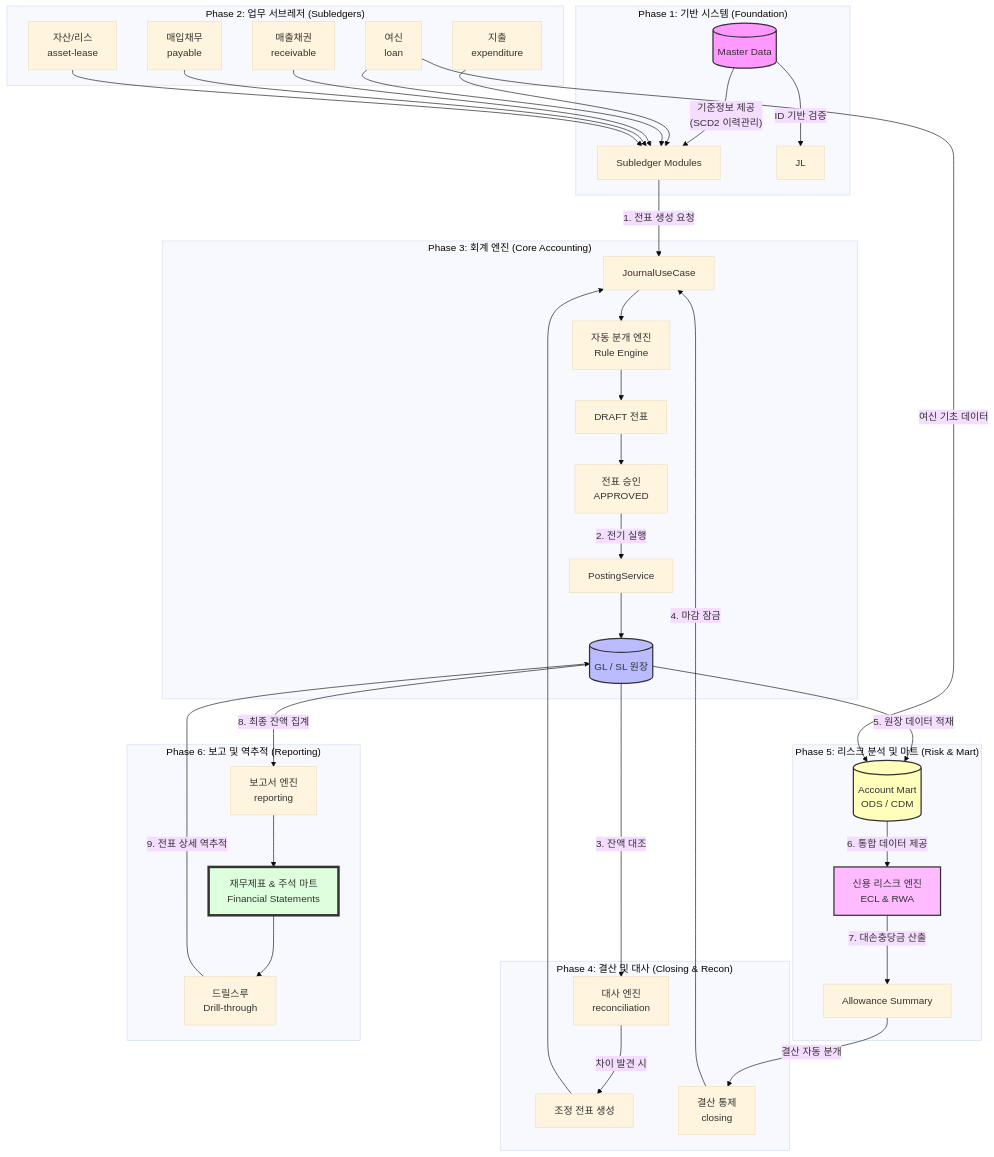
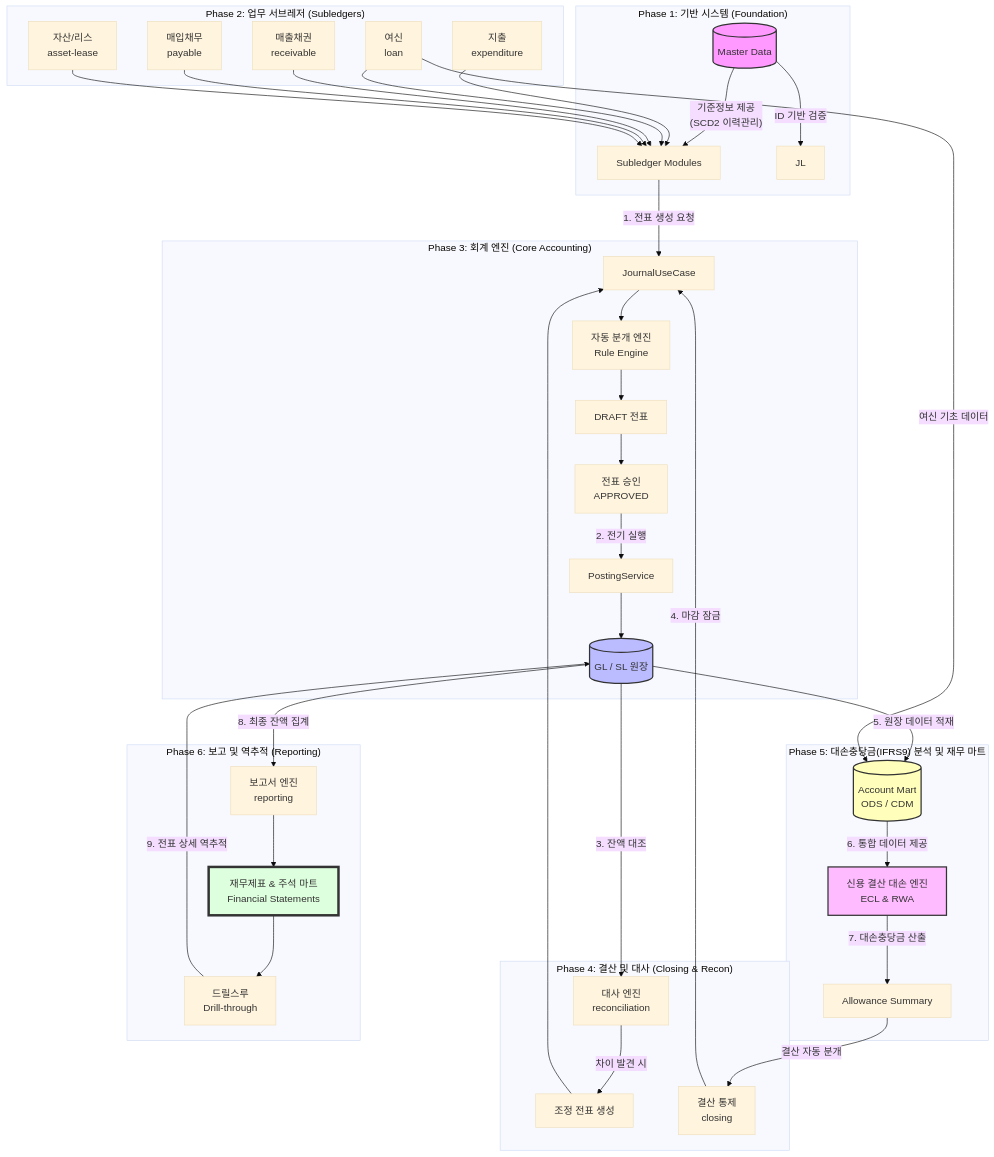
The first of 2 diagrams in README.md (skyg547/account), drawn with Mermaid (base theme) before and after one commit. The commit also changed other lines of this file and 673 other files, not shown here.

Commit message:
refactor: 리스크 도메인 명칭 전면 제거 및 재무/결산/IFRS9 모듈로 통폐합

````diff
--- a/README.md
+++ b/README.md
@@ -14,56 +14,56 @@
 ```mermaid
 flowchart TD
     subgraph "Phase 1: 기반 시스템 (Foundation)"
         MD[(Master Data)] -- "기준정보 제공\n(SCD2 이력관리)" --> SL
         MD -- "ID 기반 검증" --> JL
     end
 
     subgraph "Phase 2: 업무 서브레저 (Subledgers)"
         SL[Subledger Modules]
         EX[지출\nexpenditure] --> SL
         LN[여신\nloan] --> SL
         AR[매출채권\nreceivable] --> SL
         AP[매입채무\npayable] --> SL
         AS[자산/리스\nasset-lease] --> SL
     end
 
     subgraph "Phase 3: 회계 엔진 (Core Accounting)"
         SL -- "1. 전표 생성 요청" --> JL_USE[JournalUseCase]
         JL_USE --> RE[자동 분개 엔진\nRule Engine]
         RE --> DRAFT[DRAFT 전표]
         DRAFT --> APP[전표 승인\nAPPROVED]
         APP -- "2. 전기 실행" --> POST[PostingService]
         POST --> GL_SL[(GL / SL 원장)]
     end
 
     subgraph "Phase 4: 결산 및 대사 (Closing & Recon)"
         GL_SL -- "3. 잔액 대조" --> RC[대사 엔진\nreconciliation]
         RC -- "차이 발견 시" --> ADJ[조정 전표 생성]
         ADJ --> JL_USE
 
         CL[결산 통제\nclosing] -- "4. 마감 잠금" --> JL_USE
     end
 
-    subgraph "Phase 5: 리스크 분석 및 마트 (Risk & Mart)"
+    subgraph "Phase 5: 대손충당금(IFRS9) 분석 및 재무 마트"
         GL_SL -- "5. 원장 데이터 적재" --> MART[(Account Mart\nODS / CDM)]
         LN -- "여신 기초 데이터" --> MART
         
-        MART -- "6. 통합 데이터 제공" --> ECL_ENG[신용 리스크 엔진\nECL & RWA]
+        MART -- "6. 통합 데이터 제공" --> ECL_ENG[신용 결산 대손 엔진\nECL & RWA]
         ECL_ENG -- "7. 대손충당금 산출" --> ECL_SUM[Allowance Summary]
         
         ECL_SUM -- "결산 자동 분개" --> CL
     end
 
     subgraph "Phase 6: 보고 및 역추적 (Reporting)"
         GL_SL -- "8. 최종 잔액 집계" --> RP[보고서 엔진\nreporting]
         RP --> FS[재무제표 & 주석 마트\nFinancial Statements]
         FS --> DT[드릴스루\nDrill-through]
         DT -- "9. 전표 상세 역추적" --> GL_SL
     end
 
     style MD fill:#f9f,stroke:#333,stroke-width:2px
     style GL_SL fill:#bbf,stroke:#333,stroke-width:2px
     style MART fill:#ffb,stroke:#333,stroke-width:2px
     style ECL_ENG fill:#fbf,stroke:#333,stroke-width:2px
     style FS fill:#dfd,stroke:#333,stroke-width:4px
 ```
````
